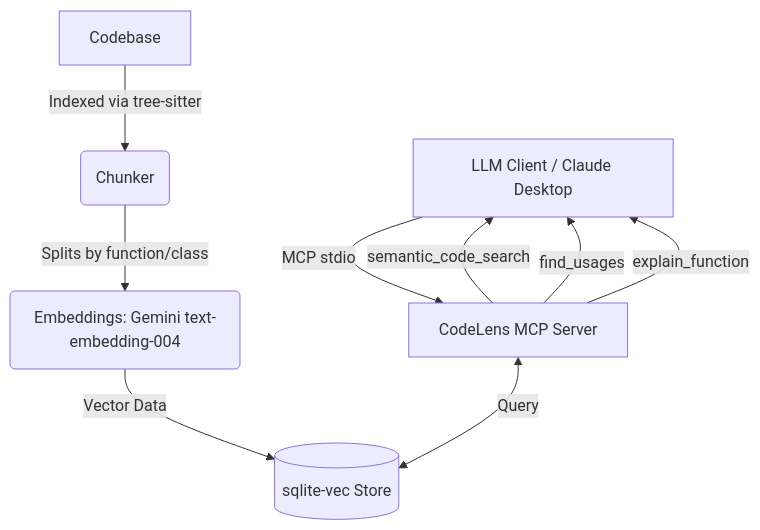
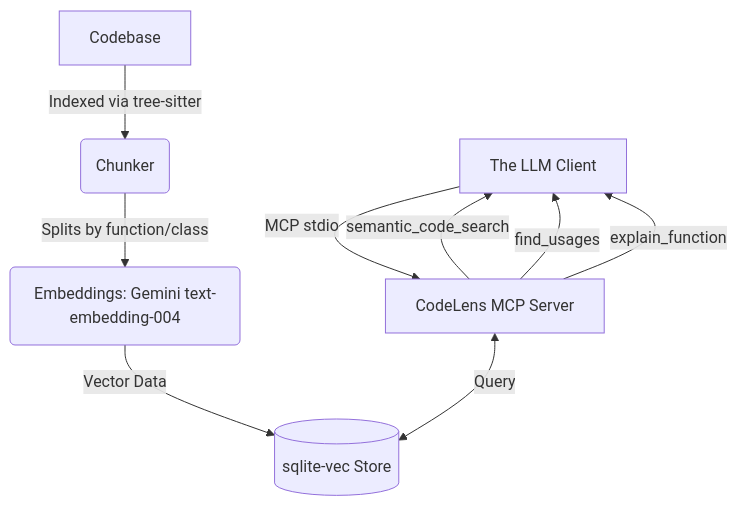
Before and after one commit to devprashant19/CodeLens_MCP: the diagram in README.md, drawn with Mermaid. The commit also changed other lines of this file, not shown here.

Commit message:
docs: use vendor-neutral terms for MCP clients

````diff
--- a/README.md
+++ b/README.md
@@ -7,11 +7,11 @@
 ```mermaid
 graph TD
     A[Codebase] -->|Indexed via tree-sitter| B(Chunker)
     B -->|Splits by function/class| C(Embeddings: Gemini text-embedding-004)
     C -->|Vector Data| D[(sqlite-vec Store)]
-    E[LLM Client / Claude Desktop] -->|MCP stdio| F[CodeLens MCP Server]
+    E[The LLM Client] -->|MCP stdio| F[CodeLens MCP Server]
     F <-->|Query| D
     F -->|semantic_code_search| E
     F -->|find_usages| E
     F -->|explain_function| E
 ```
````
